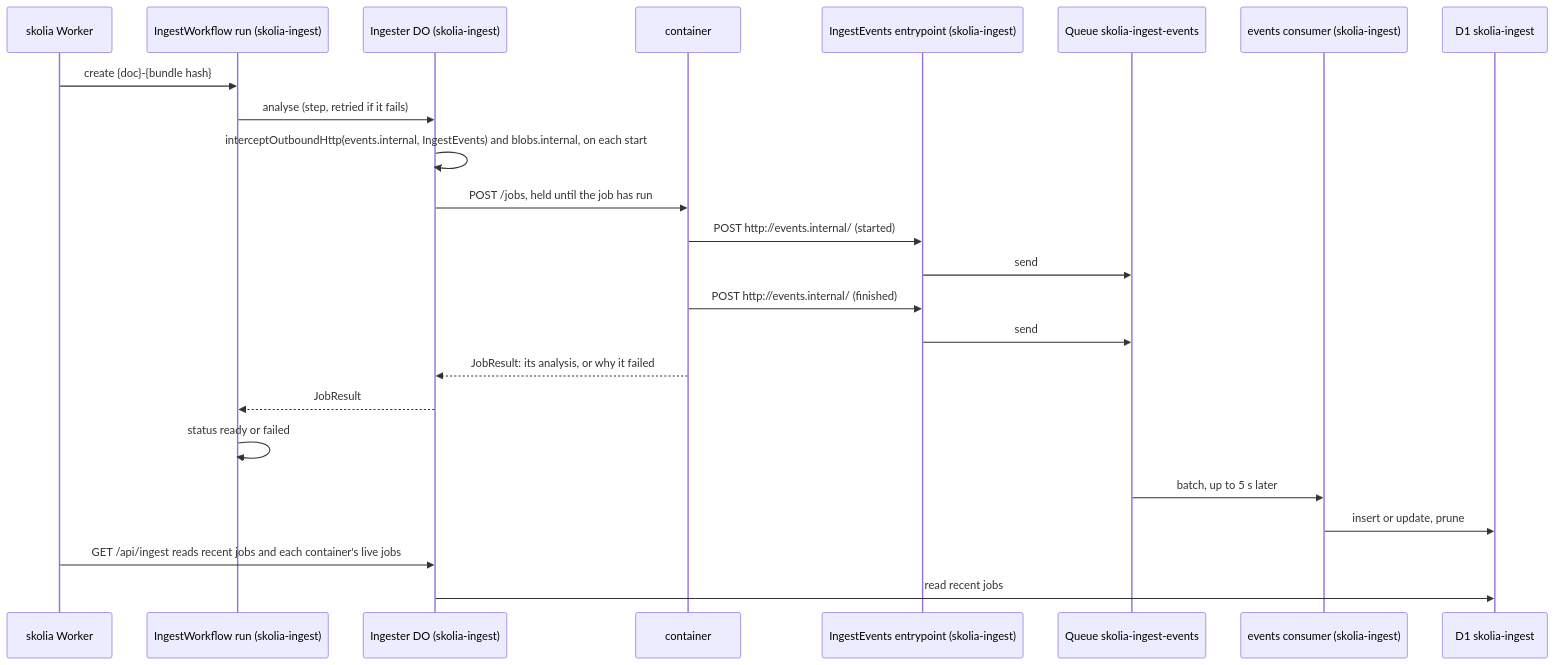
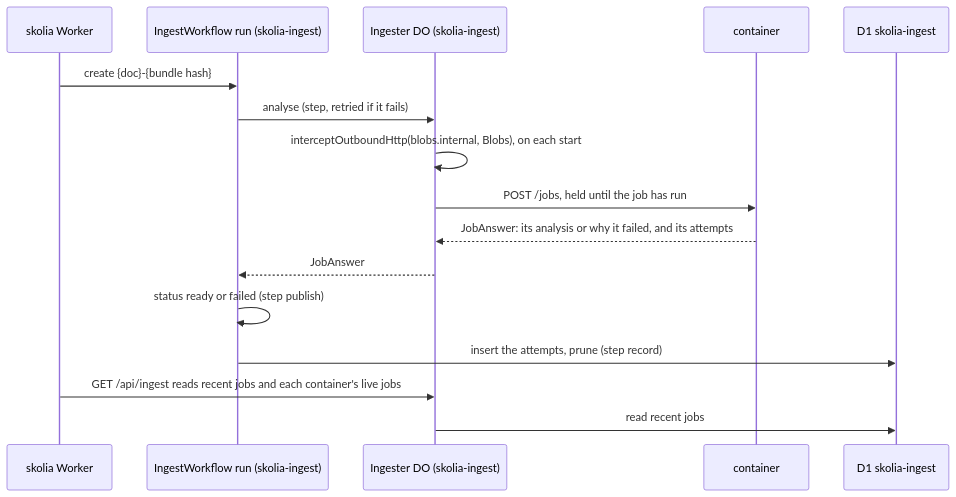
Before and after one commit to skolia-io/skolia: the second of 3 diagrams in ARCHITECTURE.md, drawn with Mermaid. The commit also changed other lines of this file and 22 other files, not shown here.

Commit message:
refactor(ingest): record each job's attempts from its run, not the containers' events (#147)

````diff
--- a/ARCHITECTURE.md
+++ b/ARCHITECTURE.md
@@ -74,26 +68,18 @@
 ```mermaid
 sequenceDiagram
   participant API as skolia Worker
   participant WF as IngestWorkflow run (skolia-ingest)
   participant DO as Ingester DO (skolia-ingest)
   participant C as container
-  participant EV as IngestEvents entrypoint (skolia-ingest)
-  participant QE as Queue skolia-ingest-events
-  participant ECON as events consumer (skolia-ingest)
   participant IDB as D1 skolia-ingest
   API->>WF: create {doc}-{bundle hash}
   WF->>DO: analyse (step, retried if it fails)
-  DO->>DO: interceptOutboundHttp(events.internal, IngestEvents) and blobs.internal, on each start
+  DO->>DO: interceptOutboundHttp(blobs.internal, Blobs), on each start
   DO->>C: POST /jobs, held until the job has run
-  C->>EV: POST http://events.internal/ (started)
-  EV->>QE: send
-  C->>EV: POST http://events.internal/ (finished)
-  EV->>QE: send
-  C-->>DO: JobResult: its analysis, or why it failed
-  DO-->>WF: JobResult
-  WF->>WF: status ready or failed
-  QE->>ECON: batch, up to 5 s later
-  ECON->>IDB: insert or update, prune
+  C-->>DO: JobAnswer: its analysis or why it failed, and its attempts
+  DO-->>WF: JobAnswer
+  WF->>WF: status ready or failed (step publish)
+  WF->>IDB: insert the attempts, prune (step record)
   API->>DO: GET /api/ingest reads recent jobs and each container's live jobs
   DO->>IDB: read recent jobs
 ```
````
